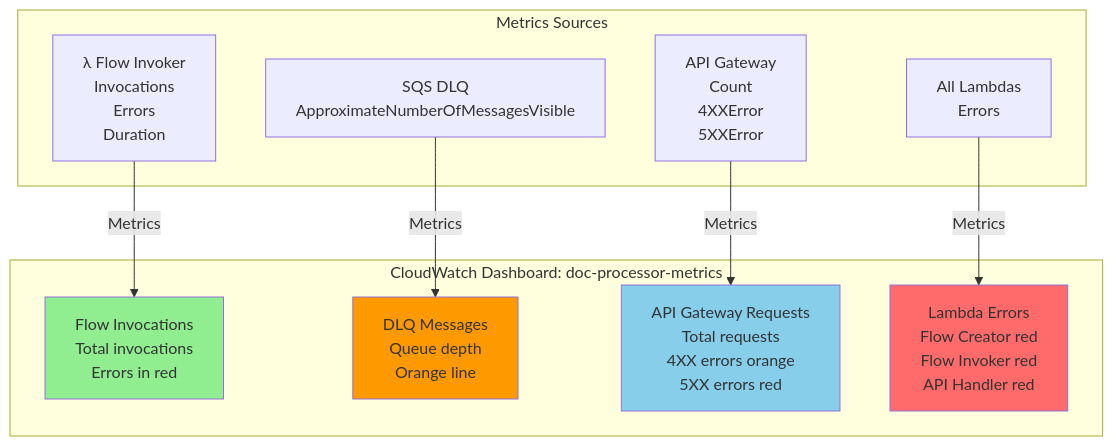
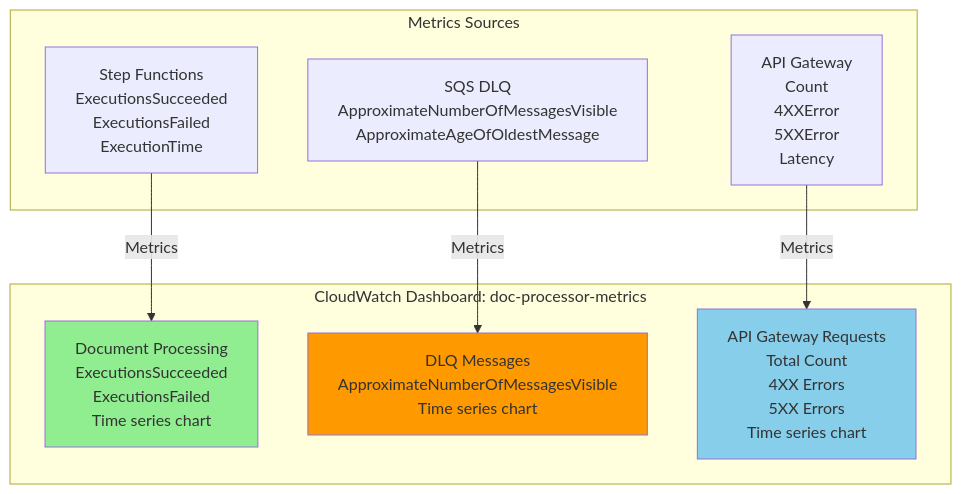
Before and after one commit to annabook21/IntelligentDoc_Processor: diagram 11 of 13 in ARCHITECTURE.md, drawn with Mermaid. The commit also changed other lines of this file and 5 other files, not shown here.

````diff
--- a/ARCHITECTURE.md
+++ b/ARCHITECTURE.md
@@ -595,26 +696,22 @@
 ```mermaid
 graph TB
     subgraph "CloudWatch Dashboard: doc-processor-metrics"
-        Widget1[Flow Invocations<br/>Total invocations<br/>Errors in red]
-        Widget2[DLQ Messages<br/>Queue depth<br/>Orange line]
-        Widget3[API Gateway Requests<br/>Total requests<br/>4XX errors orange<br/>5XX errors red]
-        Widget4[Lambda Errors<br/>Flow Creator red<br/>Flow Invoker red<br/>API Handler red]
+        Widget1[Document Processing<br/>ExecutionsSucceeded<br/>ExecutionsFailed<br/>Time series chart]
+        Widget2[DLQ Messages<br/>ApproximateNumberOfMessagesVisible<br/>Time series chart]
+        Widget3[API Gateway Requests<br/>Total Count<br/>4XX Errors<br/>5XX Errors<br/>Time series chart]
     end
 
     subgraph "Metrics Sources"
-        FlowInvoker[λ Flow Invoker<br/>Invocations<br/>Errors<br/>Duration]
-        DLQ[SQS DLQ<br/>ApproximateNumberOfMessagesVisible]
-        APIGW[API Gateway<br/>Count<br/>4XXError<br/>5XXError]
-        Lambdas[All Lambdas<br/>Errors]
+        SFN[Step Functions<br/>ExecutionsSucceeded<br/>ExecutionsFailed<br/>ExecutionTime]
+        DLQ[SQS DLQ<br/>ApproximateNumberOfMessagesVisible<br/>ApproximateAgeOfOldestMessage]
+        APIGW[API Gateway<br/>Count<br/>4XXError<br/>5XXError<br/>Latency]
     end
 
-    FlowInvoker -->|Metrics| Widget1
+    SFN -->|Metrics| Widget1
     DLQ -->|Metrics| Widget2
     APIGW -->|Metrics| Widget3
-    Lambdas -->|Metrics| Widget4
 
     style Widget1 fill:#90EE90
     style Widget2 fill:#ff9900
     style Widget3 fill:#87CEEB
-    style Widget4 fill:#ff6b6b
 ```
````
